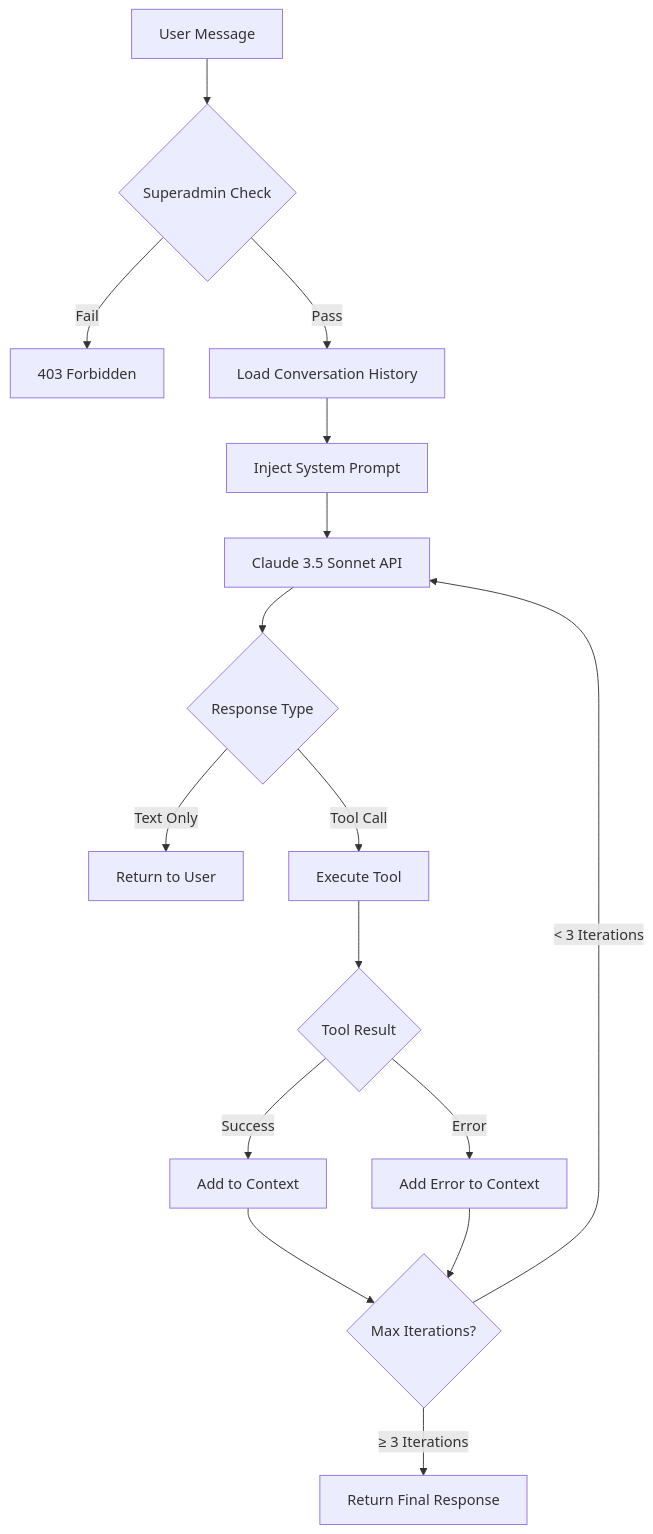
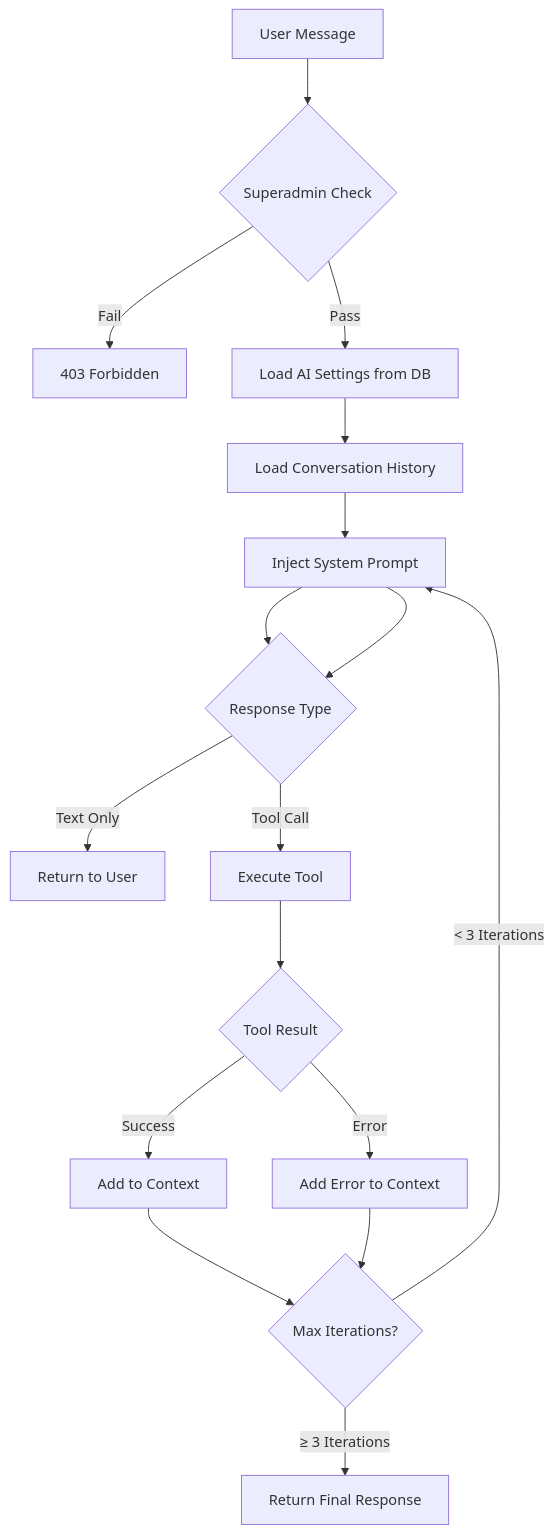
One commit to andreibyf/aishacrm-2 changed the diagram in docs/AI_ARCHITECTURE_DEVELOPER_AI.md. Above: the diagram before and after it, drawn with Mermaid. The commit also changed other lines of this file and 1 other file, not shown here.

First line of the commit message:
fix(developer-ai): use database settings instead of hardcoded values

````diff
--- a/docs/AI_ARCHITECTURE_DEVELOPER_AI.md
+++ b/docs/AI_ARCHITECTURE_DEVELOPER_AI.md
@@ -37,18 +38,19 @@
 ```mermaid
 graph TD
     A[User Message] --> B{Superadmin Check}
     B -->|Fail| C[403 Forbidden]
-    B -->|Pass| D[Load Conversation History]
-    D --> E[Inject System Prompt]
-    E --> F[Claude 3.5 Sonnet API]
+    B -->|Pass| D[Load AI Settings from DB]
+    D --> E[Load Conversation History]
+    E --> F[Inject System Prompt]
+    F --> G[Claude Sonnet 4 API]
     F --> G{Response Type}
     G -->|Text Only| H[Return to User]
     G -->|Tool Call| I[Execute Tool]
     I --> J{Tool Result}
     J -->|Success| K[Add to Context]
     J -->|Error| L[Add Error to Context]
     K --> M{Max Iterations?}
     L --> M
     M -->|< 3 Iterations| F
     M -->|≥ 3 Iterations| N[Return Final Response]
 ```
````
